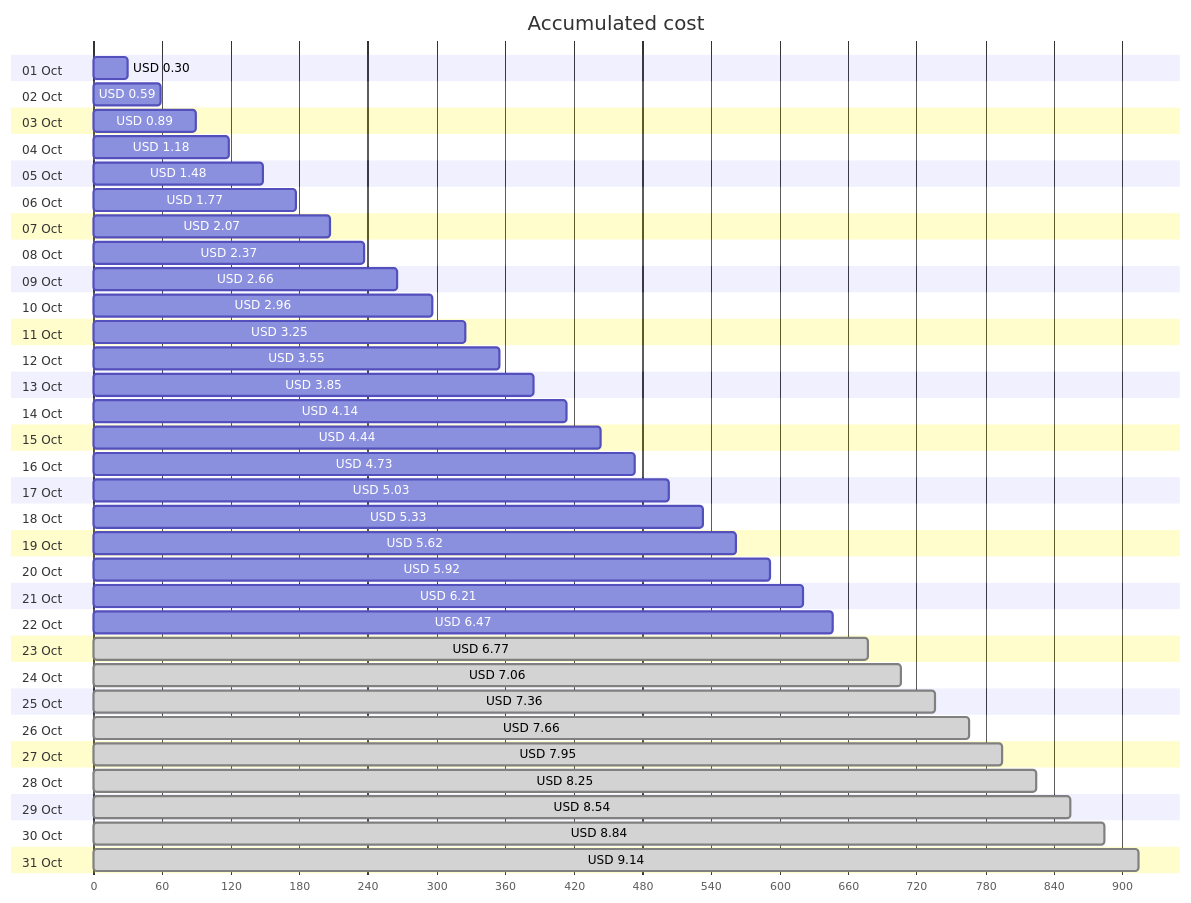
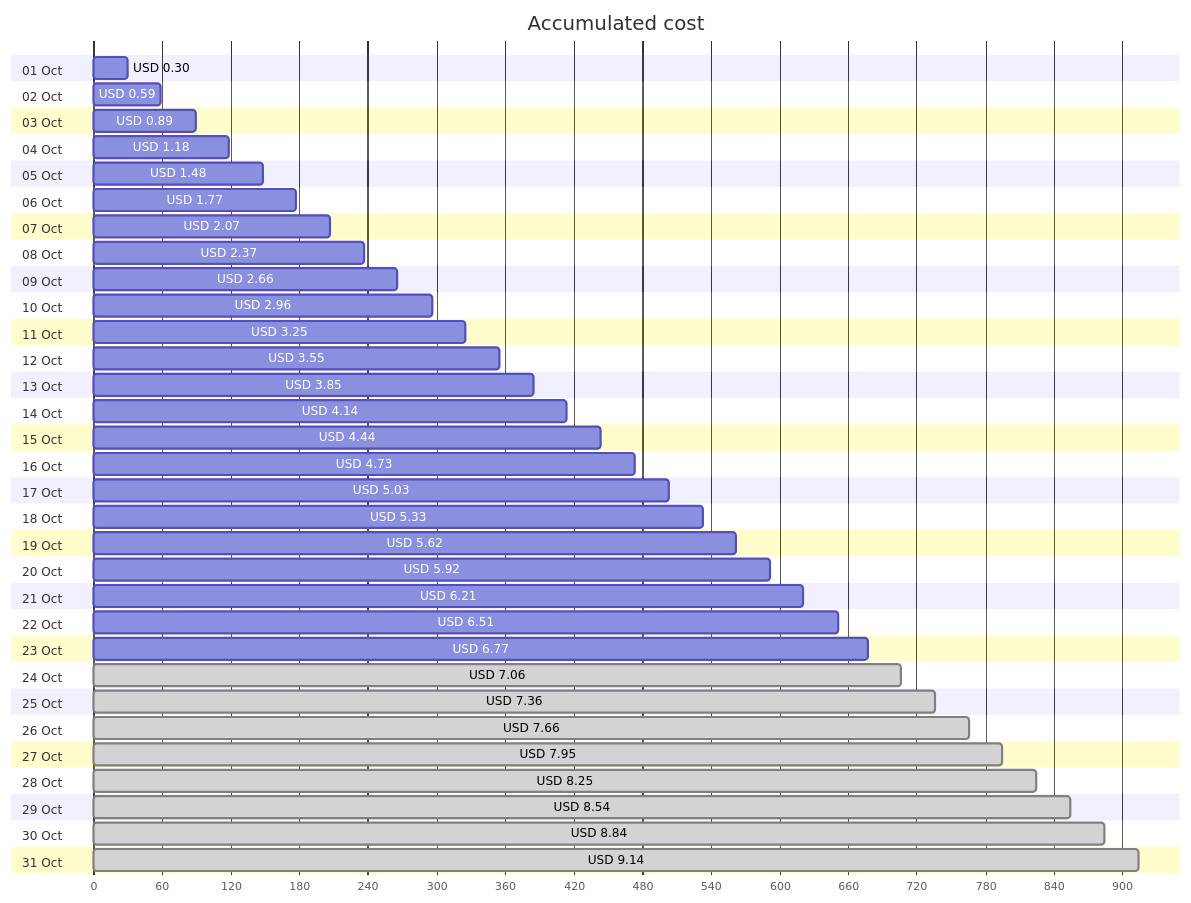
The first of 4 diagrams in cost-reports/personal-site/personal-site.md (jpfulton/azure-personal-reports), drawn with Mermaid before and after one commit. The commit also changed other lines of this file and 7 other files, not shown here.

````diff
--- a/cost-reports/personal-site/personal-site.md
+++ b/cost-reports/personal-site/personal-site.md
@@ -20,68 +20,68 @@
 ```mermaid
 gantt
    title Accumulated cost
    dateFormat  X
    axisFormat %s
    section 01 Oct
    USD 0.30 :0, 30
    section 02 Oct
    USD 0.59 :0, 59
    section 03 Oct
    USD 0.89 :0, 89
    section 04 Oct
    USD 1.18 :0, 118
    section 05 Oct
    USD 1.48 :0, 148
    section 06 Oct
    USD 1.77 :0, 177
    section 07 Oct
    USD 2.07 :0, 207
    section 08 Oct
    USD 2.37 :0, 237
    section 09 Oct
    USD 2.66 :0, 266
    section 10 Oct
    USD 2.96 :0, 296
    section 11 Oct
    USD 3.25 :0, 325
    section 12 Oct
    USD 3.55 :0, 355
    section 13 Oct
    USD 3.85 :0, 385
    section 14 Oct
    USD 4.14 :0, 414
    section 15 Oct
    USD 4.44 :0, 444
    section 16 Oct
    USD 4.73 :0, 473
    section 17 Oct
    USD 5.03 :0, 503
    section 18 Oct
    USD 5.33 :0, 533
    section 19 Oct
    USD 5.62 :0, 562
    section 20 Oct
    USD 5.92 :0, 592
    section 21 Oct
    USD 6.21 :0, 621
    section 22 Oct
-   USD 6.47 :0, 647
+   USD 6.51 :0, 651
    section 23 Oct
-   USD 6.77 : done, 0, 677
+   USD 6.77 :0, 677
    section 24 Oct
    USD 7.06 : done, 0, 706
    section 25 Oct
    USD 7.36 : done, 0, 736
    section 26 Oct
    USD 7.66 : done, 0, 766
    section 27 Oct
    USD 7.95 : done, 0, 795
    section 28 Oct
    USD 8.25 : done, 0, 825
    section 29 Oct
    USD 8.54 : done, 0, 854
    section 30 Oct
    USD 8.84 : done, 0, 884
    section 31 Oct
    USD 9.14 : done, 0, 914
 ```
````
